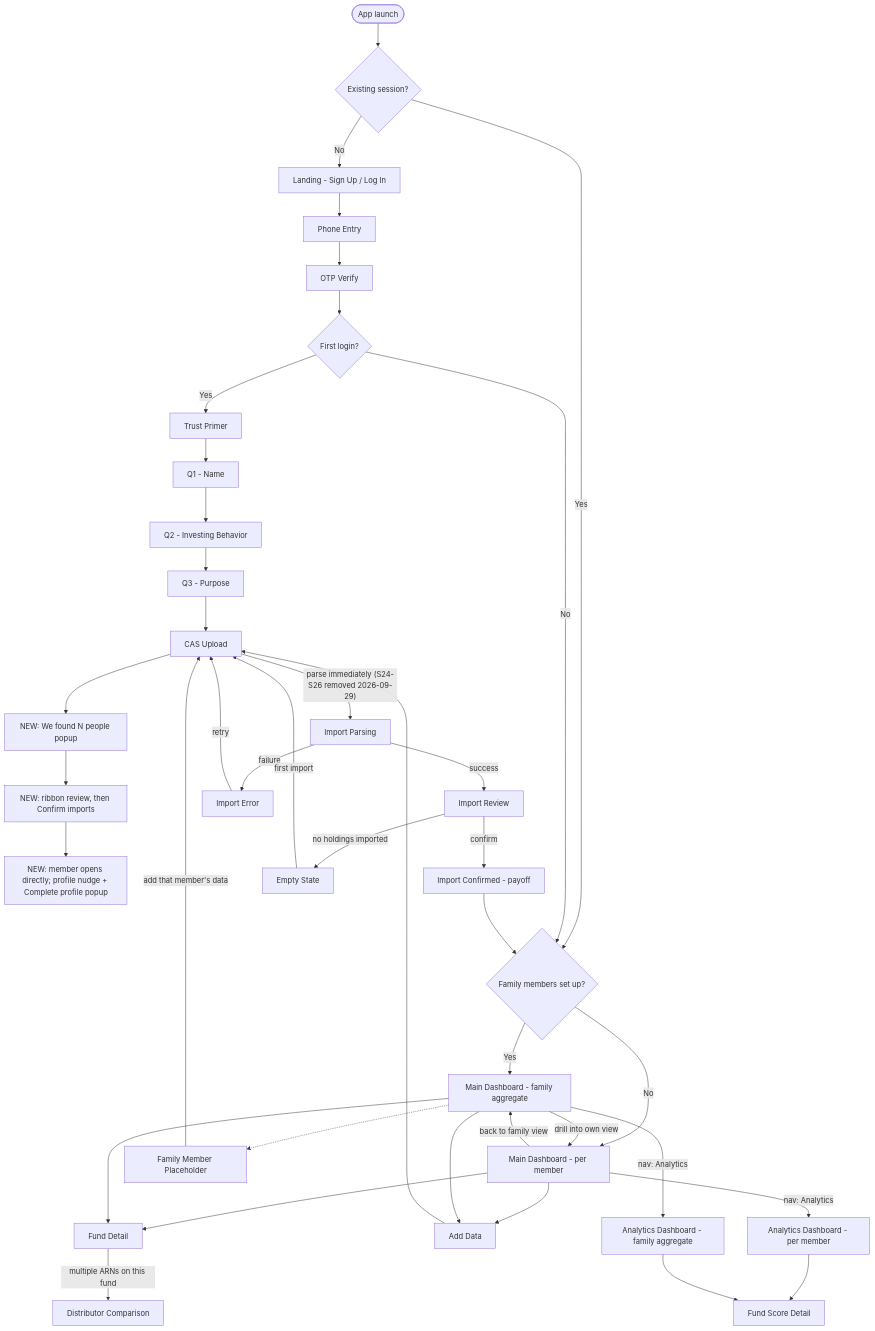
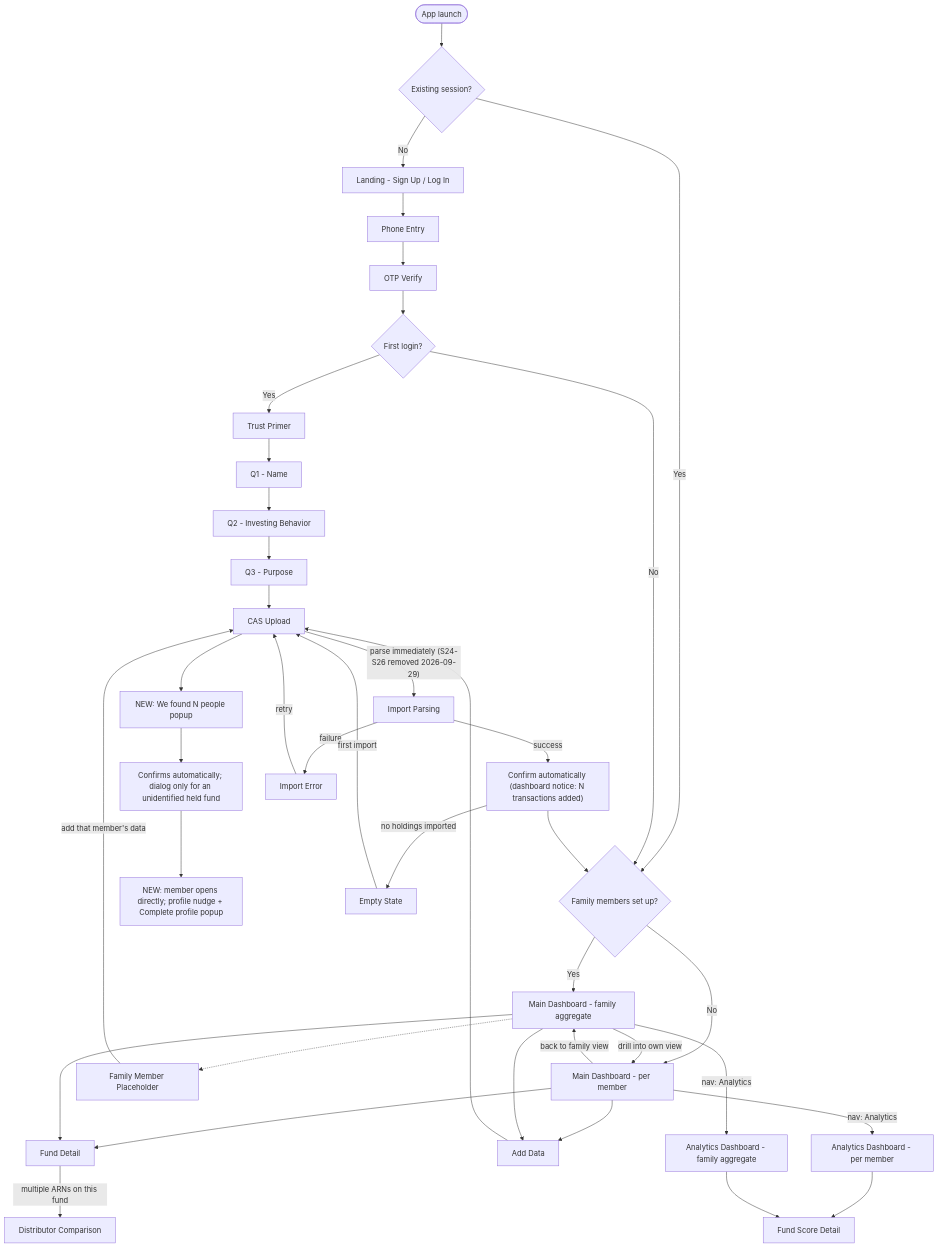
The first of 4 diagrams in Docs/PRDs/App-Flow-Unifolio.md (ayushkarnawat/MVP_V1_MF_only), drawn with Mermaid before and after one commit. The commit also changed other lines of this file and 8 other files, not shown here.

````diff
--- a/Docs/PRDs/App-Flow-Unifolio.md
+++ b/Docs/PRDs/App-Flow-Unifolio.md
@@ -56,49 +56,48 @@
 ```mermaid
 %% Top-level navigation: first-time signup through ongoing use
 flowchart TD
     Start(["App launch"]) --> HasSession{"Existing session?"}
     HasSession -- No --> S23["Landing - Sign Up / Log In"]
     HasSession -- Yes --> HasFamily{"Family members set up?"}
     HasFamily -- Yes --> S14["Main Dashboard - family aggregate"]
     HasFamily -- No --> S13["Main Dashboard - per member"]
 
     S23 --> S0["Phone Entry"]
     S0 --> S1["OTP Verify"]
     S1 --> FirstLogin{"First login?"}
     FirstLogin -- Yes --> S2["Trust Primer"]
     FirstLogin -- No --> HasFamily
 
     S2 --> S3["Q1 - Name"]
     S3 --> S4["Q2 - Investing Behavior"]
     S4 --> S5["Q3 - Purpose"]
     S5 --> S8["CAS Upload"]
     S8 --> P1["NEW: We found N people popup"]
-    P1 --> P2["NEW: ribbon review, then Confirm imports"]
+    P1 --> P2["Confirms automatically; dialog only for an unidentified held fund"]
     P2 --> P3["NEW: member opens directly; profile nudge + Complete profile popup"]
 
     S8 -- "parse immediately (S24-S26 removed 2026-09-29)" --> S9["Import Parsing"]
-    S9 -- success --> S10["Import Review"]
+    S9 -- success --> S10["Confirm automatically (dashboard notice: N transactions added)"]
     S9 -- failure --> S11["Import Error"]
     S11 -- retry --> S8
-    S10 -- confirm --> S12["Import Confirmed - payoff"]
     S10 -- "no holdings imported" --> S21["Empty State"]
-    S12 --> HasFamily
+    S10 --> HasFamily
 
     S14 -- "drill into own view" --> S13
     S13 -- "back to family view" --> S14
     S13 --> S15["Fund Detail"]
     S14 --> S15
     S13 --> S16["Add Data"]
     S14 --> S16
     S16 --> S8
     S15 -- "multiple ARNs on this fund" --> S17["Distributor Comparison"]
 
     S13 -- "nav: Analytics" --> S18["Analytics Dashboard - per member"]
     S14 -- "nav: Analytics" --> S19["Analytics Dashboard - family aggregate"]
     S18 --> S20["Fund Score Detail"]
     S19 --> S20
 
     S21 -- "first import" --> S8
     S14 -.-> S22["Family Member Placeholder"]
     S22 -- "add that member's data" --> S8
 ```
````
